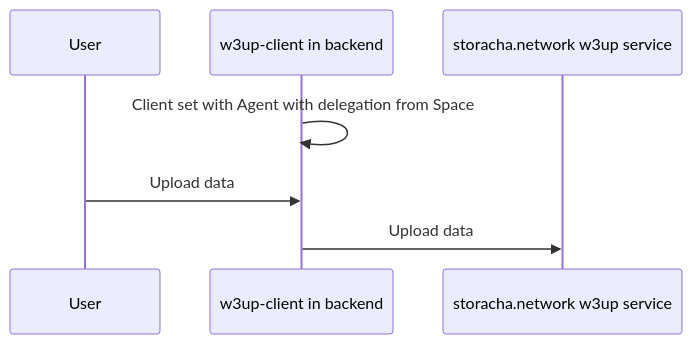
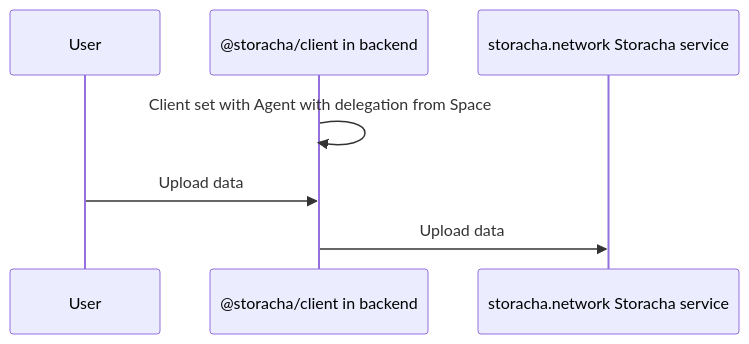
Before and after one commit to storacha/w3up: the third of 5 diagrams in packages/w3up-client/README.md, drawn with Mermaid. The commit also changed other lines of this file and 26 other files, not shown here.

````diff
--- a/packages/w3up-client/README.md
+++ b/packages/w3up-client/README.md
@@ -269,7 +272,7 @@
 ```mermaid
 sequenceDiagram
     participant User
-    w3up-client in backend->>w3up-client in backend: Client set with Agent with delegation from Space
-    User->>w3up-client in backend: Upload data
-    w3up-client in backend->>storacha.network w3up service: Upload data
+    @storacha/client in backend->>@storacha/client in backend: Client set with Agent with delegation from Space
+    User->>@storacha/client in backend: Upload data
+    @storacha/client in backend->>storacha.network Storacha service: Upload data
 ```
````
